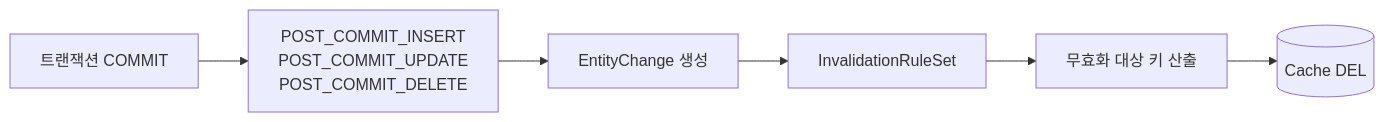
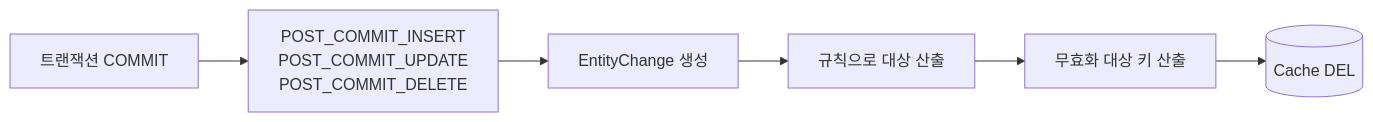
One commit to gmoon92/toy changed the diagram in spring-cache/cache-invalidation-strategy/docs/invalidation/entity-event-invalidate.md. Above: the diagram before and after it, drawn with Mermaid. The commit also changed other lines of this file and 4 other files, not shown here.

````diff
--- a/spring-cache/cache-invalidation-strategy/docs/invalidation/entity-event-invalidate.md
+++ b/spring-cache/cache-invalidation-strategy/docs/invalidation/entity-event-invalidate.md
@@ -22,8 +22,8 @@
 ```mermaid
 flowchart LR
     TX[트랜잭션 COMMIT] --> EV["POST_COMMIT_INSERT<br/>POST_COMMIT_UPDATE<br/>POST_COMMIT_DELETE"]
     EV --> EC[EntityChange 생성]
-    EC --> RU[InvalidationRuleSet]
+    EC --> RU[규칙으로 대상 산출]
     RU --> KEYS[무효화 대상 키 산출]
     KEYS --> DEL[(Cache DEL)]
 ```
````
